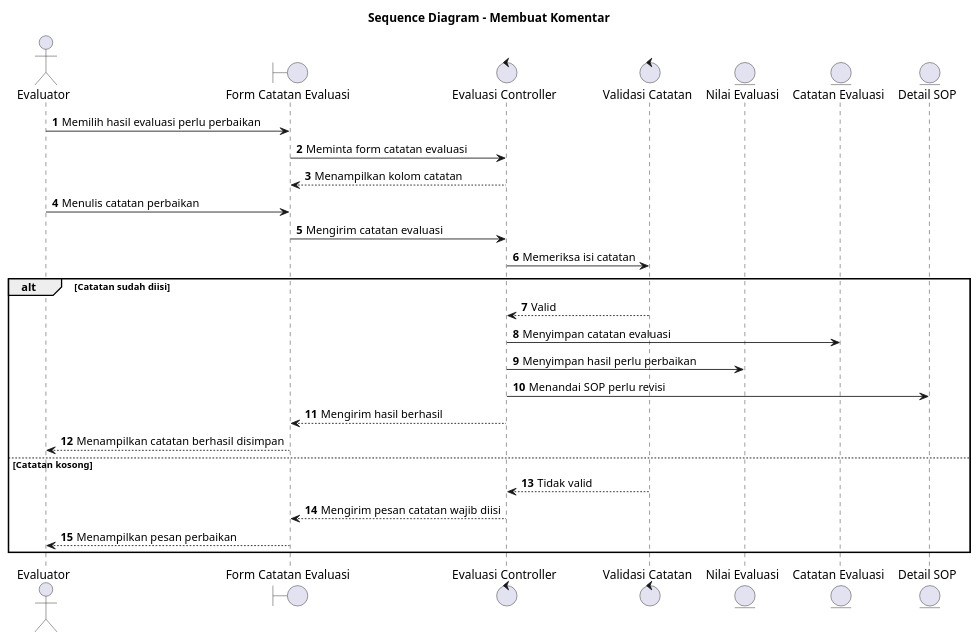
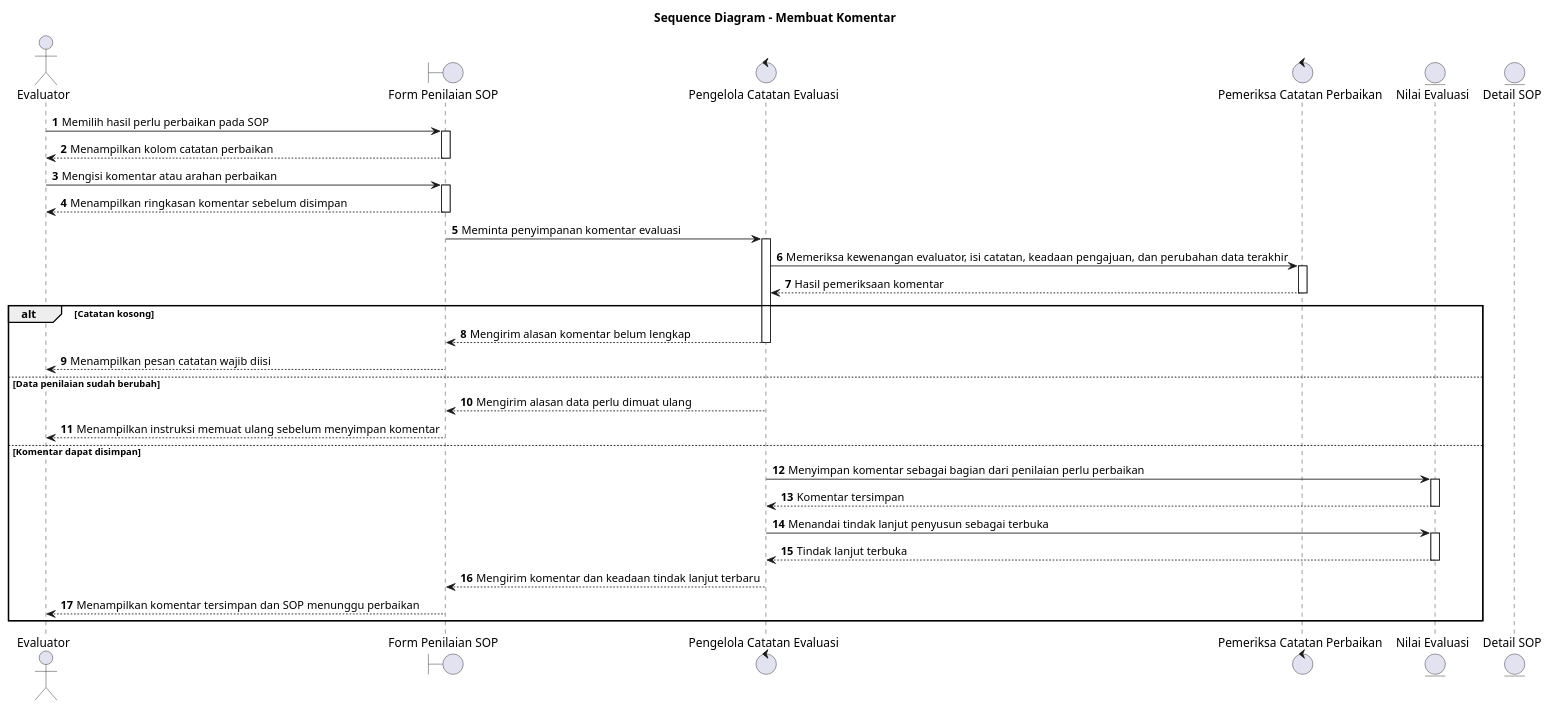
Before and after one commit to howlil/sop-generate-app: the diagram in docs/sequence/lampiran/evaluator-membuat-komentar.md, drawn with PlantUML. The commit also changed other lines of this file and 90 other files, not shown here.

````diff
--- a/docs/sequence/lampiran/evaluator-membuat-komentar.md
+++ b/docs/sequence/lampiran/evaluator-membuat-komentar.md
@@ -16,36 +16,37 @@
 ```plantuml
 @startuml
 title Sequence Diagram - Membuat Komentar
 autonumber
+autoactivate on
 
-actor "Evaluator" as Aktor
-boundary "Form Catatan Evaluasi" as UI
-control "Evaluasi Controller" as EvalCtrl
-control "Validasi Catatan" as Validasi
+actor "Evaluator" as A
+boundary "Form Penilaian SOP" as B
+control "Pengelola Catatan Evaluasi" as C
+control "Pemeriksa Catatan Perbaikan" as D
 entity "Nilai Evaluasi" as Nilai
-entity "Catatan Evaluasi" as Catatan
-entity "Detail SOP" as Detail
+entity "Detail SOP" as DetailSOP
 
-Aktor -> UI : Memilih hasil evaluasi perlu perbaikan
-UI -> EvalCtrl : Meminta form catatan evaluasi
-EvalCtrl --> UI : Menampilkan kolom catatan
-
-Aktor -> UI : Menulis catatan perbaikan
-UI -> EvalCtrl : Mengirim catatan evaluasi
-EvalCtrl -> Validasi : Memeriksa isi catatan
-
-alt Catatan sudah diisi
-  Validasi --> EvalCtrl : Valid
-  EvalCtrl -> Catatan : Menyimpan catatan evaluasi
-  EvalCtrl -> Nilai : Menyimpan hasil perlu perbaikan
-  EvalCtrl -> Detail : Menandai SOP perlu revisi
-  EvalCtrl --> UI : Mengirim hasil berhasil
-  UI --> Aktor : Menampilkan catatan berhasil disimpan
-else Catatan kosong
-  Validasi --> EvalCtrl : Tidak valid
-  EvalCtrl --> UI : Mengirim pesan catatan wajib diisi
-  UI --> Aktor : Menampilkan pesan perbaikan
+A -> B : Memilih hasil perlu perbaikan pada SOP
+B --> A : Menampilkan kolom catatan perbaikan
+A -> B : Mengisi komentar atau arahan perbaikan
+B --> A : Menampilkan ringkasan komentar sebelum disimpan
+B -> C : Meminta penyimpanan komentar evaluasi
+C -> D : Memeriksa kewenangan evaluator, isi catatan, keadaan pengajuan, dan perubahan data terakhir
+D --> C : Hasil pemeriksaan komentar
+alt Catatan kosong
+  C --> B : Mengirim alasan komentar belum lengkap
+  B --> A : Menampilkan pesan catatan wajib diisi
+else Data penilaian sudah berubah
+  C --> B : Mengirim alasan data perlu dimuat ulang
+  B --> A : Menampilkan instruksi memuat ulang sebelum menyimpan komentar
+else Komentar dapat disimpan
+  C -> Nilai : Menyimpan komentar sebagai bagian dari penilaian perlu perbaikan
+  Nilai --> C : Komentar tersimpan
+  C -> Nilai : Menandai tindak lanjut penyusun sebagai terbuka
+  Nilai --> C : Tindak lanjut terbuka
+  C --> B : Mengirim komentar dan keadaan tindak lanjut terbaru
+  B --> A : Menampilkan komentar tersimpan dan SOP menunggu perbaikan
 end
 
 @enduml
 ```
````
